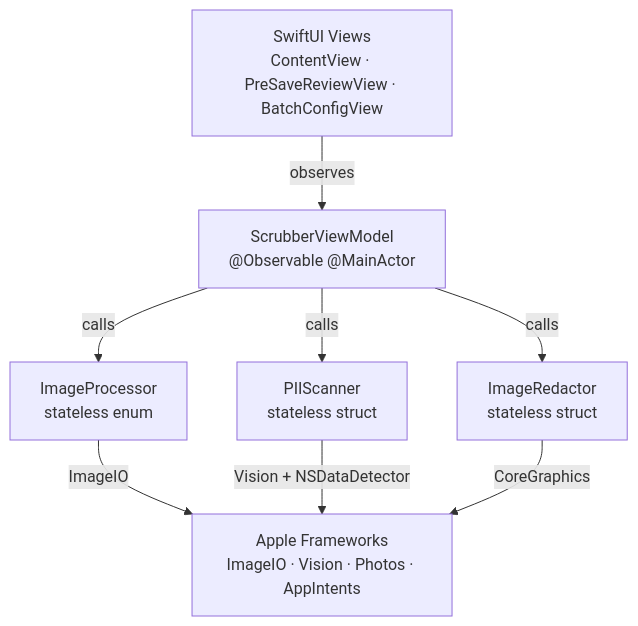
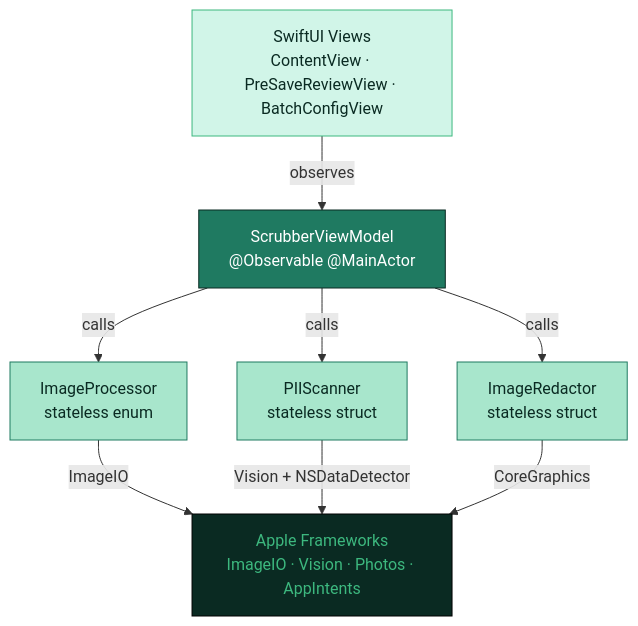
The first of 3 diagrams in README.md (northcutted/picstrip), drawn with Mermaid before and after one commit. The commit also changed other lines of this file, not shown here.

Commit message:
docs: apply app brand palette to all Mermaid diagrams

````diff
--- a/README.md
+++ b/README.md
@@ -78,10 +78,20 @@
 ```mermaid
 graph TD
     A["SwiftUI Views\nContentView · PreSaveReviewView · BatchConfigView"] -->|observes| B["ScrubberViewModel\n@Observable @MainActor"]
     B -->|calls| C["ImageProcessor\nstateless enum"]
     B -->|calls| D["PIIScanner\nstateless struct"]
     B -->|calls| E["ImageRedactor\nstateless struct"]
     C -->|ImageIO| F["Apple Frameworks\nImageIO · Vision · Photos · AppIntents"]
     D -->|Vision + NSDataDetector| F
     E -->|CoreGraphics| F
+
+    classDef views   fill:#d1f5e8,stroke:#3db87f,color:#0a2a22
+    classDef vm      fill:#1f7a61,stroke:#0a2a22,color:#ffffff
+    classDef service fill:#a8e6cc,stroke:#1f7a61,color:#0a2a22
+    classDef system  fill:#0a2a22,stroke:#000000,color:#3db87f
+
+    class A views
+    class B vm
+    class C,D,E service
+    class F system
 ```
````
